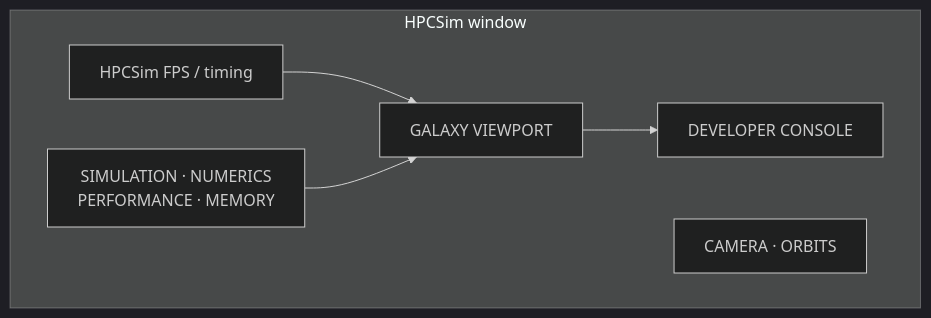
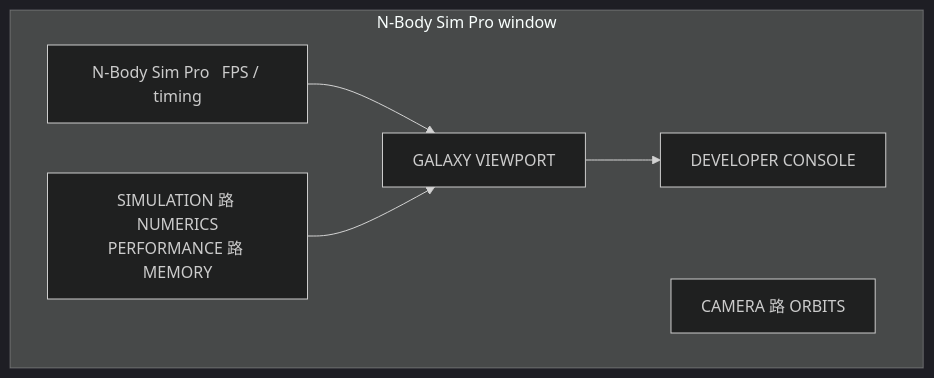
The diagram in docs-site/instrumentation.md (richie-rich90454/n_body_sim_pro), drawn with Mermaid (dark theme) before and after one commit. The commit also changed other lines of this file and 9 other files, not shown here.

Commit message:
Rename HPCSim references in documentation site to N-Body Sim Pro

````diff
--- a/docs-site/instrumentation.md
+++ b/docs-site/instrumentation.md
@@ -82,13 +82,13 @@
 ```mermaid
 flowchart TD
-    subgraph Window["HPCSim window"]
-        Title["HPCSim   FPS / timing"]
-        Left["SIMULATION · NUMERICS<br/>PERFORMANCE · MEMORY"]
+    subgraph Window["N-Body Sim Pro window"]
+        Title["N-Body Sim Pro   FPS / timing"]
+        Left["SIMULATION 路 NUMERICS<br/>PERFORMANCE 路 MEMORY"]
         Viewport["GALAXY VIEWPORT"]
-        Right["CAMERA · ORBITS"]
+        Right["CAMERA 路 ORBITS"]
         Bottom["DEVELOPER CONSOLE"]
     end
     Title --> Viewport
     Left --> Viewport
     Viewport --> Bottom
 ```
````
